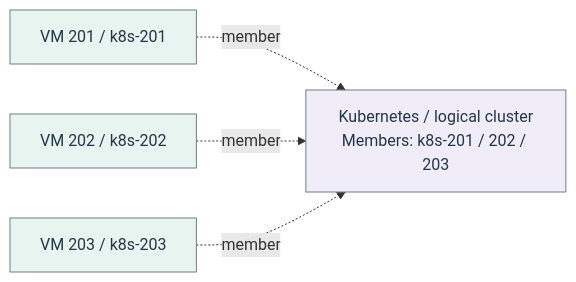
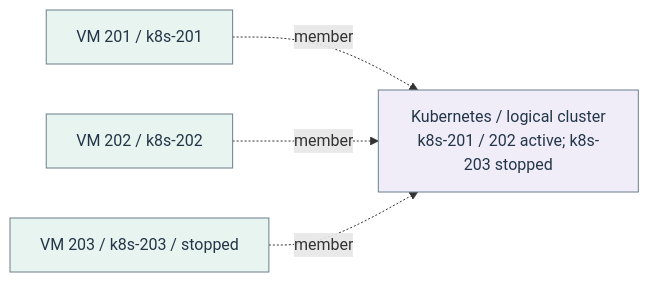
Diagram 18 of 22 in docs/architecture/homelab-mermaid.md (Harsh-2002/Homelab), drawn with Mermaid before and after one commit. The commit also changed other lines of this file and 49 other files, not shown here.

````diff
--- a/docs/architecture/homelab-mermaid.md
+++ b/docs/architecture/homelab-mermaid.md
@@ -554,14 +554,14 @@
 ```mermaid
 flowchart LR
-  n_flow_8_0["Kubernetes / logical cluster<br/>Members: k8s-201 / 202 / 203"]
+  n_flow_8_0["Kubernetes / logical cluster<br/>k8s-201 / 202 active; k8s-203 stopped"]
   n_flow_8_1["VM 201 / k8s-201"]
   n_flow_8_2["VM 202 / k8s-202"]
-  n_flow_8_3["VM 203 / k8s-203"]
+  n_flow_8_3["VM 203 / k8s-203 / stopped"]
   n_flow_8_1 -.->|"member"| n_flow_8_0
   n_flow_8_2 -.->|"member"| n_flow_8_0
   n_flow_8_3 -.->|"member"| n_flow_8_0
   classDef c_flow_8_0 fill:#f0edf9,stroke:#6c7f8c,color:#233647;
   class n_flow_8_0 c_flow_8_0;
   classDef c_flow_8_1 fill:#e8f4f0,stroke:#6c7f8c,color:#233647;
   class n_flow_8_1,n_flow_8_2,n_flow_8_3 c_flow_8_1;
 ```
````
